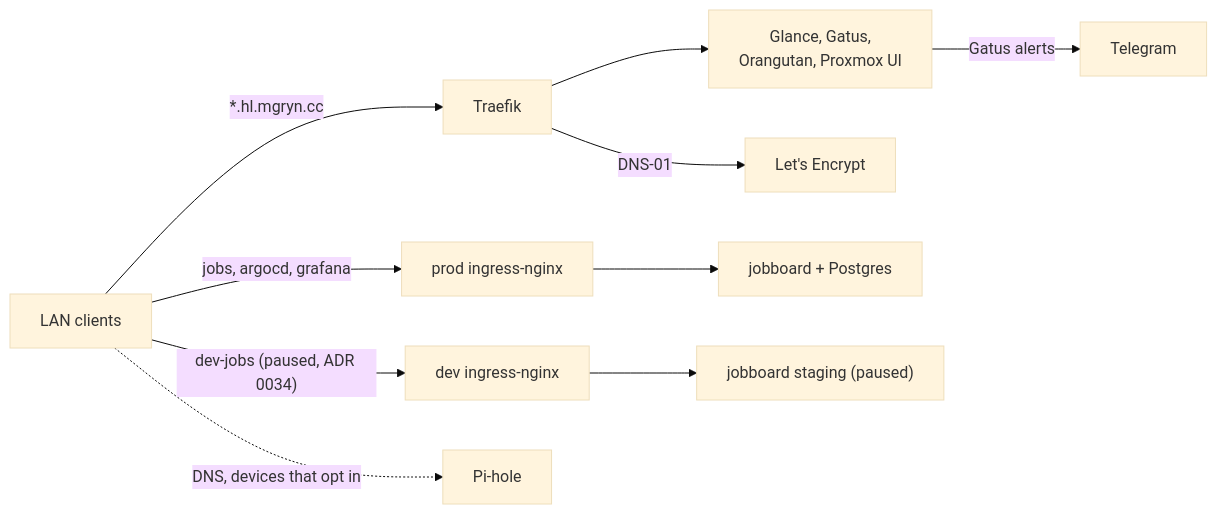
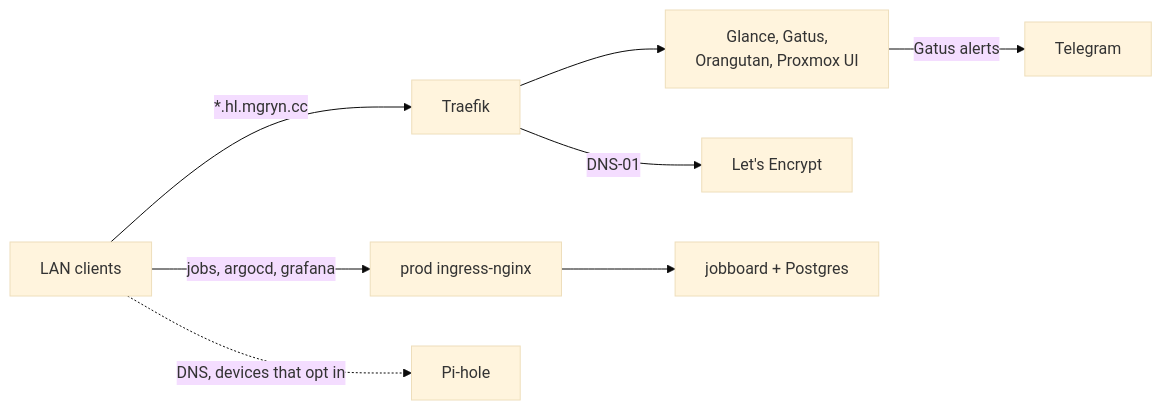
The third of 3 diagrams in README.md (maxim-grin/homelab), drawn with Mermaid (base theme) before and after one commit. The commit also changed other lines of this file and 17 other files, not shown here.

````diff
--- a/README.md
+++ b/README.md
@@ -58,12 +51,10 @@
 ```mermaid
 flowchart LR
     lan["LAN clients"] -- "*.hl.mgryn.cc" --> traefik["Traefik"]
     lan -- "jobs, argocd, grafana" --> prodingress["prod ingress-nginx"]
-    lan -- "dev-jobs (paused, ADR 0034)" --> devingress["dev ingress-nginx"]
     lan -. "DNS, devices that opt in" .-> pihole["Pi-hole"]
     traefik --> services["Glance, Gatus,<br/>Orangutan, Proxmox UI"]
     traefik -- "DNS-01" --> letsencrypt["Let's Encrypt"]
     prodingress --> jobboard["jobboard + Postgres"]
-    devingress --> staging["jobboard staging (paused)"]
     services -- "Gatus alerts" --> telegram["Telegram"]
 ```
````
